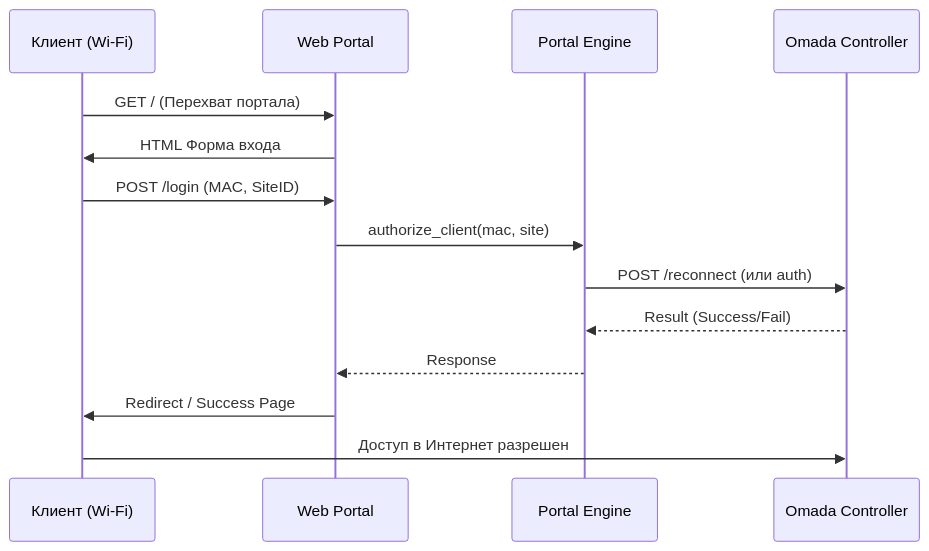
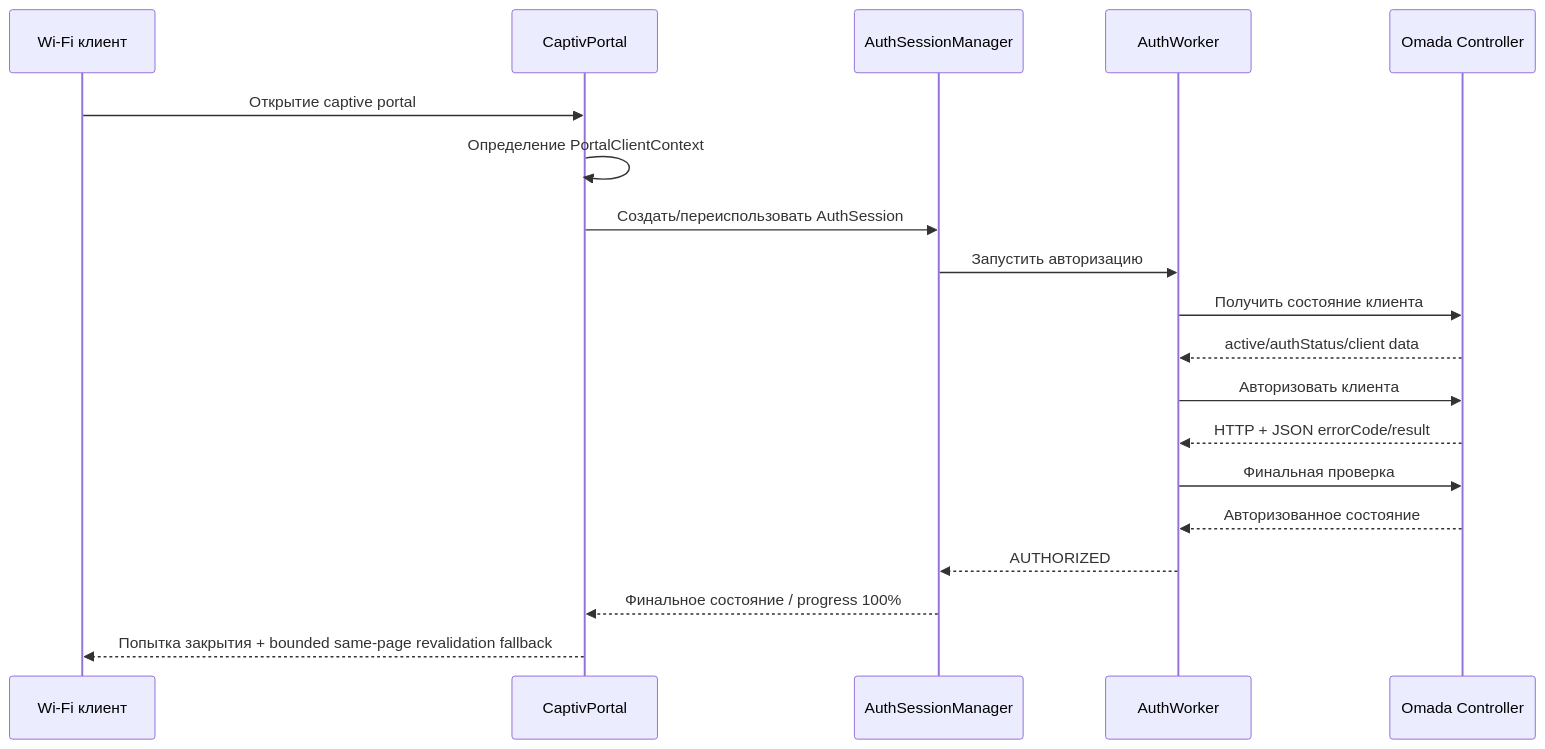
Before and after one commit to ZaurNavi/CaptivePortal: the second of 3 diagrams in README_RU.md, drawn with Mermaid. The commit also changed other lines of this file, not shown here.

````diff
--- a/README_RU.md
+++ b/README_RU.md
@@ -292,19 +173,22 @@
 ```mermaid
 sequenceDiagram
-    participant Client as Клиент (Wi-Fi)
-    participant Web as Web Portal
-    participant Engine as Portal Engine
+    participant Client as Wi-Fi клиент
+    participant Portal as CaptivPortal
+    participant Sessions as AuthSessionManager
+    participant Worker as AuthWorker
     participant Omada as Omada Controller
-    Client->>Web: GET / (Перехват портала)
-    Web->>Client: HTML Форма входа
-    
-    Client->>Web: POST /login (MAC, SiteID)
-    Web->>Engine: authorize_client(mac, site)
-    
-    Engine->>Omada: POST /reconnect (или auth)
-    Omada-->>Engine: Result (Success/Fail)
-    
-    Engine-->>Web: Response
-    Web->>Client: Redirect / Success Page
-    Client->>Omada: Доступ в Интернет разрешен
+
+    Client->>Portal: Открытие captive portal
+    Portal->>Portal: Определение PortalClientContext
+    Portal->>Sessions: Создать/переиспользовать AuthSession
+    Sessions->>Worker: Запустить авторизацию
+    Worker->>Omada: Получить состояние клиента
+    Omada-->>Worker: active/authStatus/client data
+    Worker->>Omada: Авторизовать клиента
+    Omada-->>Worker: HTTP + JSON errorCode/result
+    Worker->>Omada: Финальная проверка
+    Omada-->>Worker: Авторизованное состояние
+    Worker-->>Sessions: AUTHORIZED
+    Sessions-->>Portal: Финальное состояние / progress 100%
+    Portal-->>Client: Попытка закрытия + bounded same-page revalidation fallback
 ```
````
